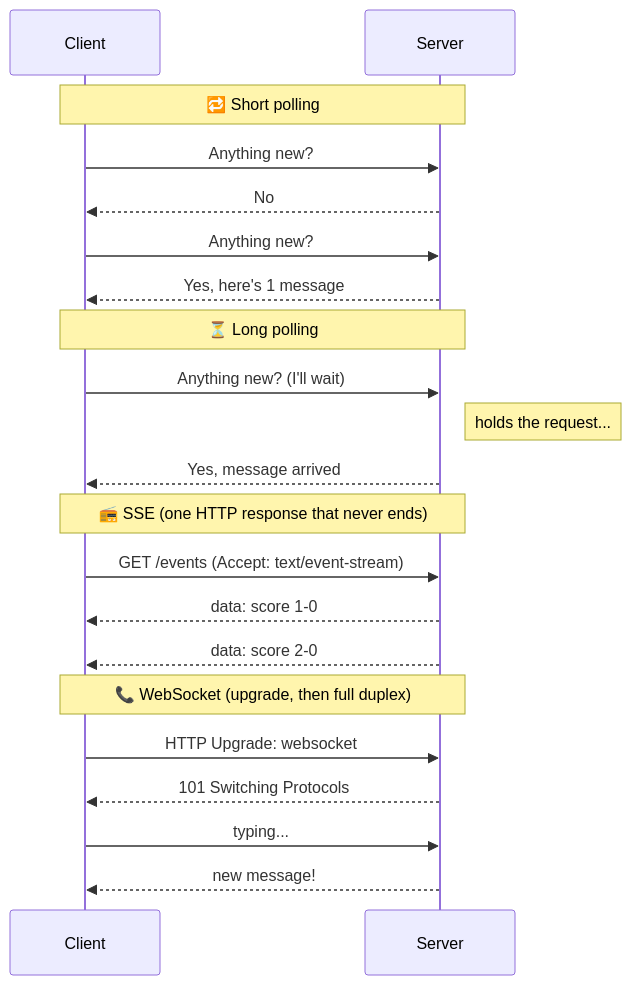
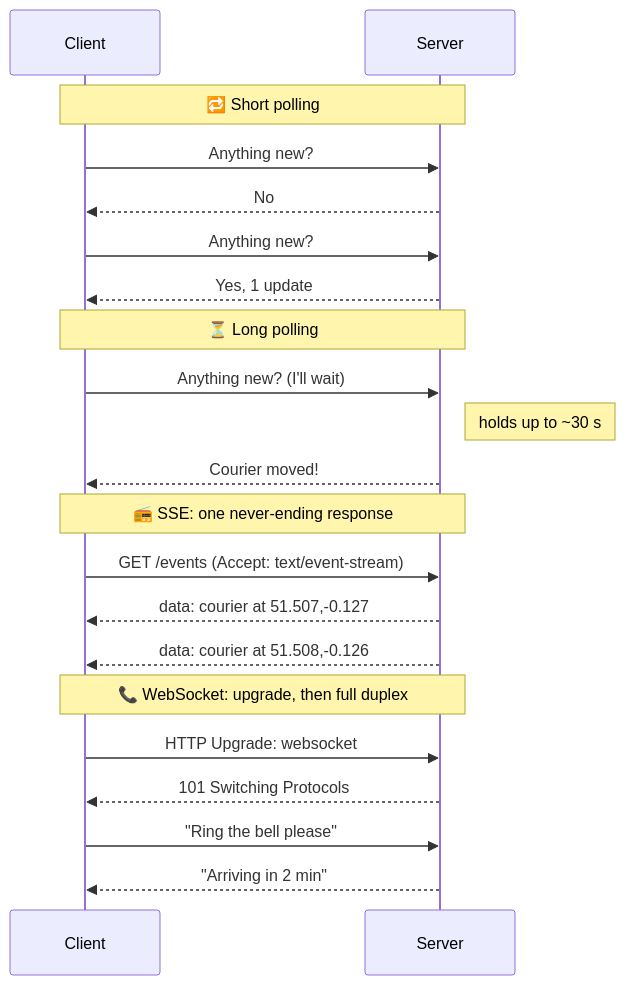
Before and after one commit to winnyboy5/System-Design-from-Atoms: the first of 2 diagrams in phases/02-networking/016-real-time-communication.md, drawn with Mermaid. The commit also changed other lines of this file and 7 other files, not shown here.

````diff
--- a/phases/02-networking/016-real-time-communication.md
+++ b/phases/02-networking/016-real-time-communication.md
@@ -28,23 +40,23 @@
 ```mermaid
 sequenceDiagram
     participant C as Client
     participant S as Server
     Note over C,S: 🔁 Short polling
     C->>S: Anything new?
     S-->>C: No
     C->>S: Anything new?
-    S-->>C: Yes, here's 1 message
+    S-->>C: Yes, 1 update
     Note over C,S: ⏳ Long polling
     C->>S: Anything new? (I'll wait)
-    Note right of S: holds the request...
-    S-->>C: Yes, message arrived
-    Note over C,S: 📻 SSE (one HTTP response that never ends)
+    Note right of S: holds up to ~30 s
+    S-->>C: Courier moved!
+    Note over C,S: 📻 SSE: one never-ending response
     C->>S: GET /events (Accept: text/event-stream)
-    S-->>C: data: score 1-0
-    S-->>C: data: score 2-0
-    Note over C,S: 📞 WebSocket (upgrade, then full duplex)
+    S-->>C: data: courier at 51.507,-0.127
+    S-->>C: data: courier at 51.508,-0.126
+    Note over C,S: 📞 WebSocket: upgrade, then full duplex
     C->>S: HTTP Upgrade: websocket
     S-->>C: 101 Switching Protocols
-    C->>S: typing...
-    S-->>C: new message!
+    C->>S: "Ring the bell please"
+    S-->>C: "Arriving in 2 min"
 ```
````
